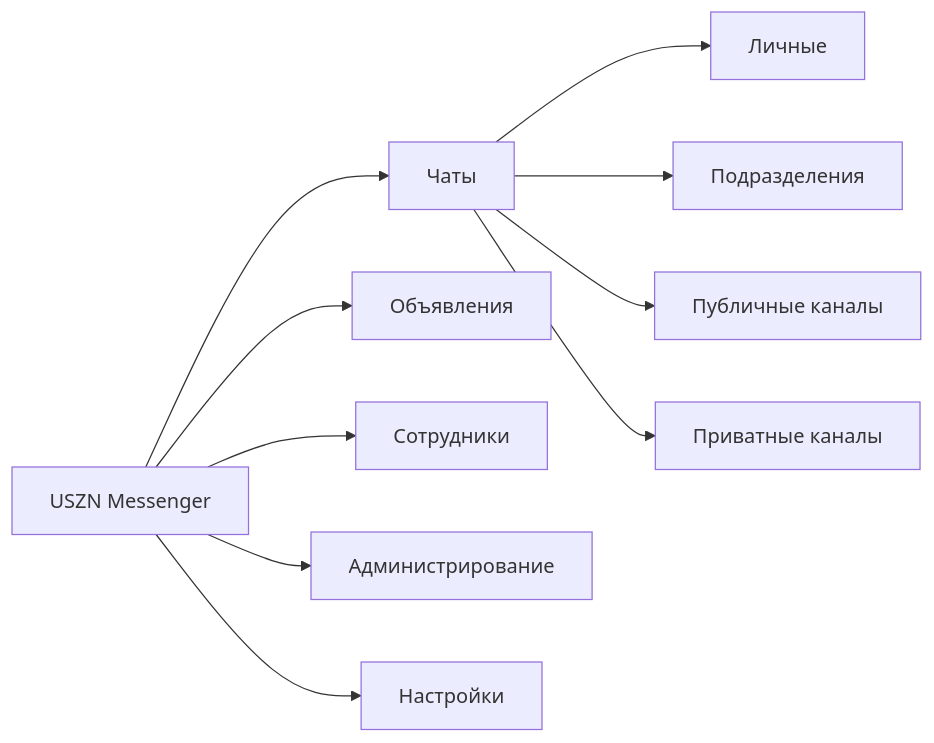
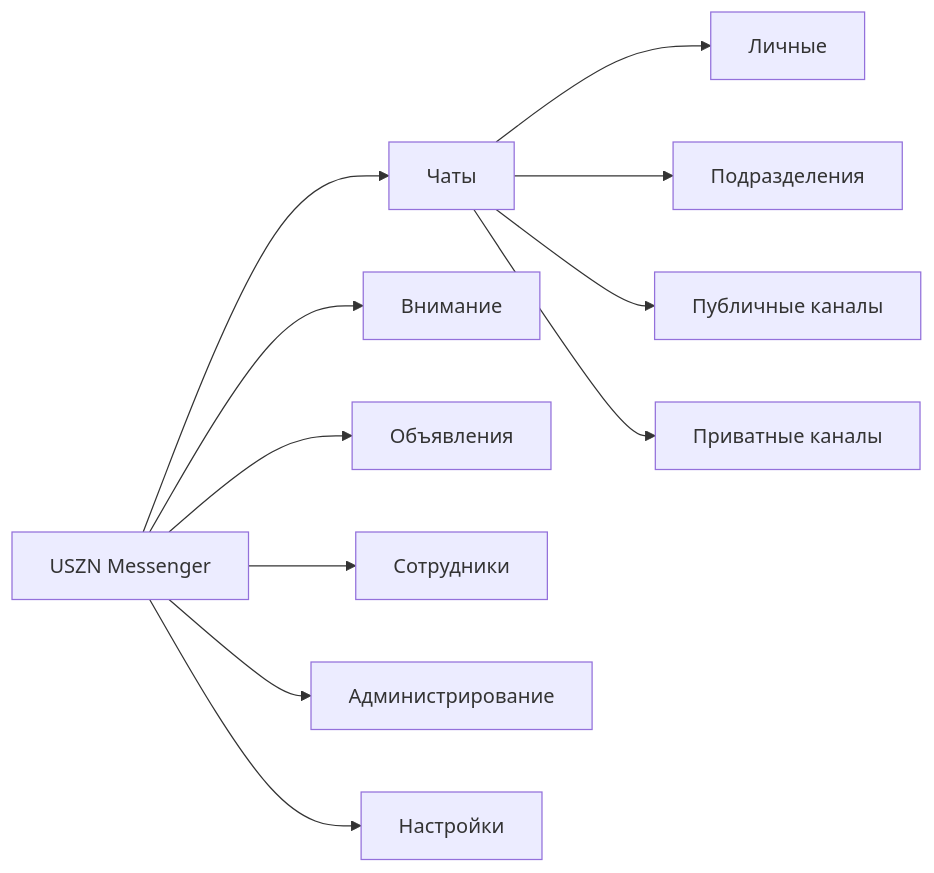
One commit to Volkov-D-A/uszn-messenger changed the diagram in docs/ux-spec.md. Above: the diagram before and after it, drawn with Mermaid. The commit also changed other lines of this file and 34 other files, not shown here.

````diff
--- a/docs/ux-spec.md
+++ b/docs/ux-spec.md
@@ -12,12 +12,13 @@
 ```mermaid
 flowchart LR
     App[USZN Messenger] --> Inbox[Чаты]
+    App --> Attention[Внимание]
     App --> Announcements[Объявления]
     App --> Directory[Сотрудники]
     App --> Admin[Администрирование]
     App --> Settings[Настройки]
     Inbox --> Direct[Личные]
     Inbox --> Departments[Подразделения]
     Inbox --> Public[Публичные каналы]
     Inbox --> Private[Приватные каналы]
 ```
````
